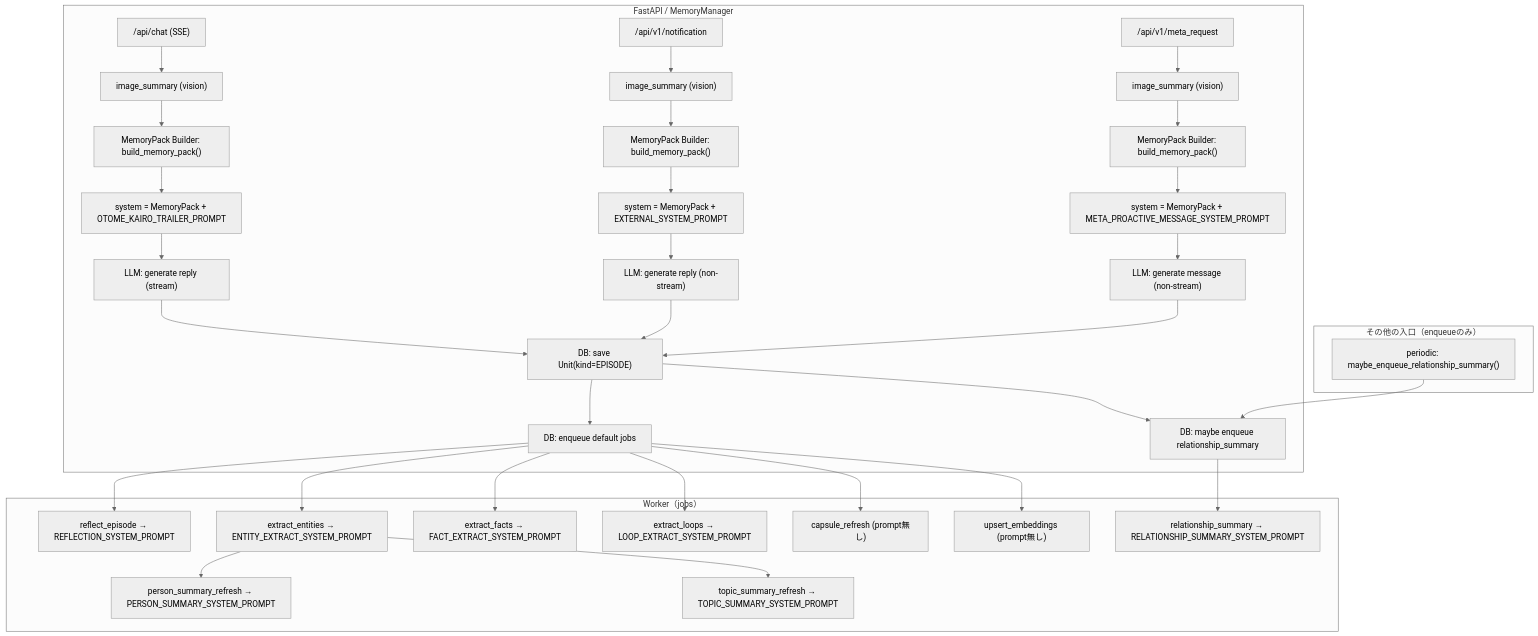
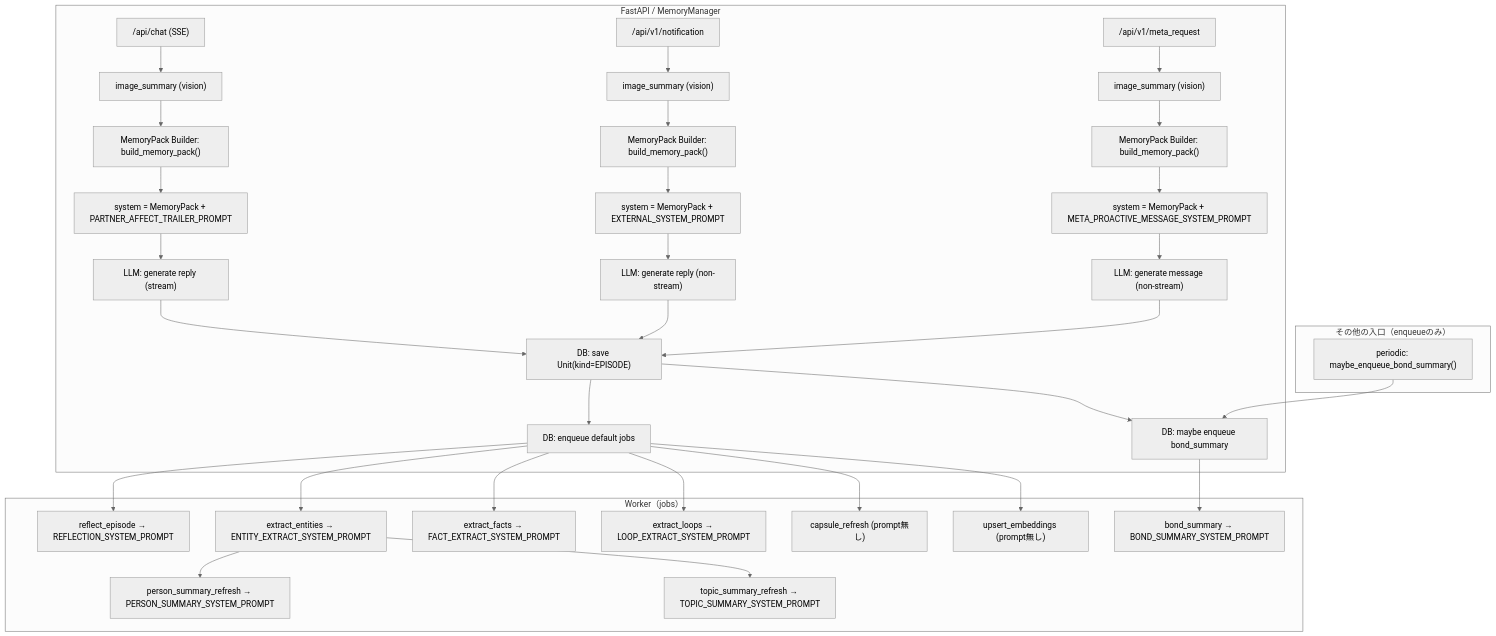
The first of 4 diagrams in docs/prompt_usage_map.md (hirona98/cocoro_ghost), drawn with Mermaid (neutral theme) before and after one commit. The commit also changed other lines of this file and 19 other files, not shown here.

````diff
--- a/docs/prompt_usage_map.md
+++ b/docs/prompt_usage_map.md
@@ -31,43 +31,43 @@
 ```mermaid
 flowchart TD
   subgraph API["FastAPI / MemoryManager"]
     CHAT["/api/chat (SSE)"] --> IMGC["image_summary (vision)"]
     NOTIF["/api/v1/notification"] --> IMGN["image_summary (vision)"]
     META["/api/v1/meta_request"] --> IMGM["image_summary (vision)"]
 
     IMGC --> PACK["MemoryPack Builder: build_memory_pack()"]
     IMGN --> PACKN["MemoryPack Builder: build_memory_pack()"]
     IMGM --> PACKM["MemoryPack Builder: build_memory_pack()"]
 
-    PACK --> SYS_CHAT["system = MemoryPack + OTOME_KAIRO_TRAILER_PROMPT"]
+    PACK --> SYS_CHAT["system = MemoryPack + PARTNER_AFFECT_TRAILER_PROMPT"]
     PACKN --> SYS_NOTIF["system = MemoryPack + EXTERNAL_SYSTEM_PROMPT"]
     PACKM --> SYS_META["system = MemoryPack + META_PROACTIVE_MESSAGE_SYSTEM_PROMPT"]
 
     SYS_CHAT --> LLM_CHAT["LLM: generate reply (stream)"]
     SYS_NOTIF --> LLM_NOTIF["LLM: generate reply (non-stream)"]
     SYS_META --> LLM_META["LLM: generate message (non-stream)"]
 
     LLM_CHAT --> SAVE_EP["DB: save Unit(kind=EPISODE)"]
     LLM_NOTIF --> SAVE_EP
     LLM_META --> SAVE_EP
 
     SAVE_EP --> ENQ["DB: enqueue default jobs"]
-    SAVE_EP --> ENQW_MAYBE["DB: maybe enqueue relationship_summary"]
+    SAVE_EP --> ENQW_MAYBE["DB: maybe enqueue bond_summary"]
   end
 
   subgraph WORKER["Worker（jobs）"]
     ENQ --> REFLECT["reflect_episode → REFLECTION_SYSTEM_PROMPT"]
     ENQ --> ENT["extract_entities → ENTITY_EXTRACT_SYSTEM_PROMPT"]
     ENQ --> FACT["extract_facts → FACT_EXTRACT_SYSTEM_PROMPT"]
     ENQ --> LOOP["extract_loops → LOOP_EXTRACT_SYSTEM_PROMPT"]
     ENQ --> CAPR["capsule_refresh (prompt無し)"]
     ENQ --> EMB["upsert_embeddings (prompt無し)"]
     ENT --> PERS["person_summary_refresh → PERSON_SUMMARY_SYSTEM_PROMPT"]
     ENT --> TOP["topic_summary_refresh → TOPIC_SUMMARY_SYSTEM_PROMPT"]
-    ENQW_MAYBE --> WEEK["relationship_summary → RELATIONSHIP_SUMMARY_SYSTEM_PROMPT"]
+    ENQW_MAYBE --> WEEK["bond_summary → BOND_SUMMARY_SYSTEM_PROMPT"]
   end
 
   subgraph OTHER["その他の入口（enqueueのみ）"]
-    PERIODIC["periodic: maybe_enqueue_relationship_summary()"] --> ENQW_MAYBE
+    PERIODIC["periodic: maybe_enqueue_bond_summary()"] --> ENQW_MAYBE
   end
 ```
````
